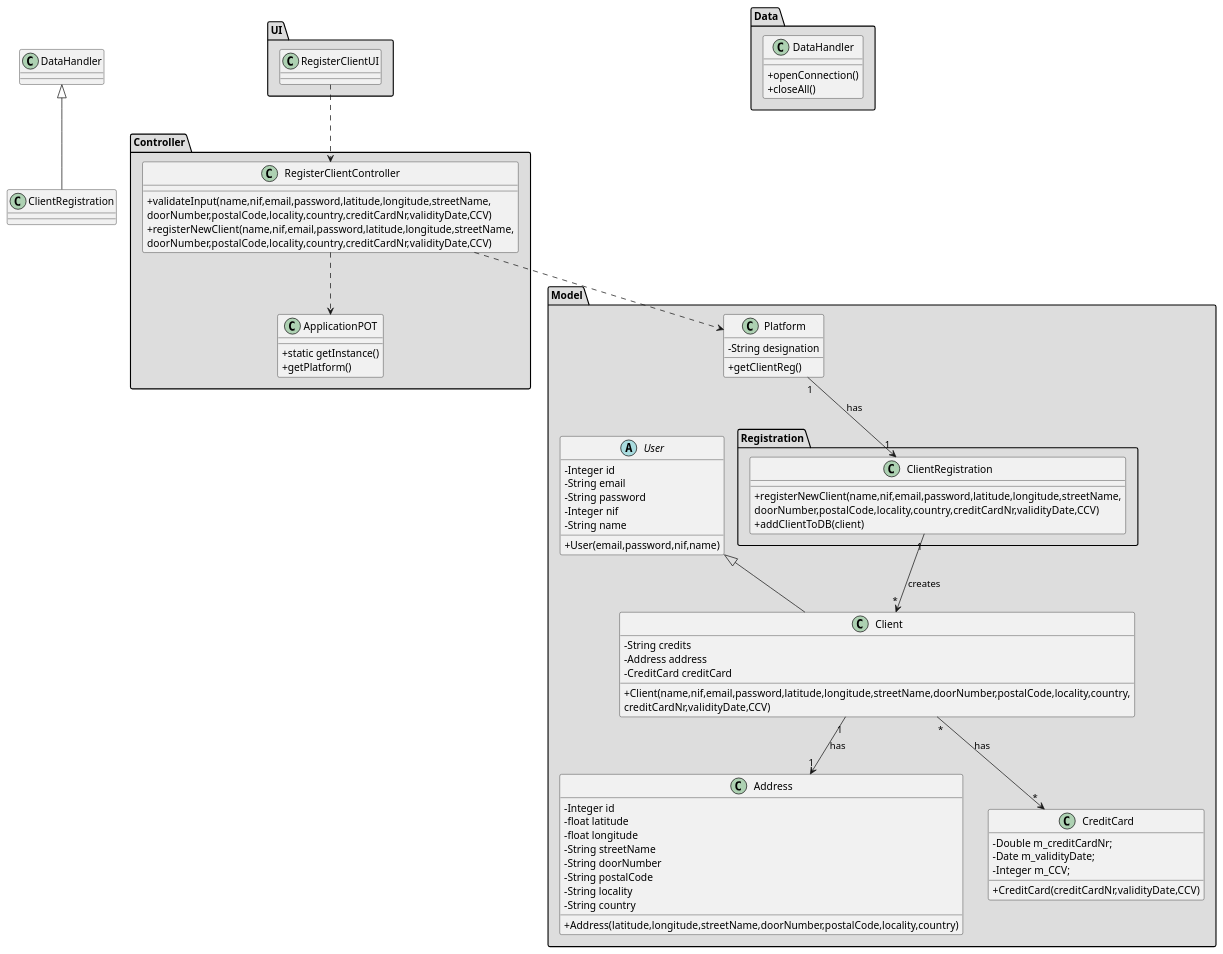
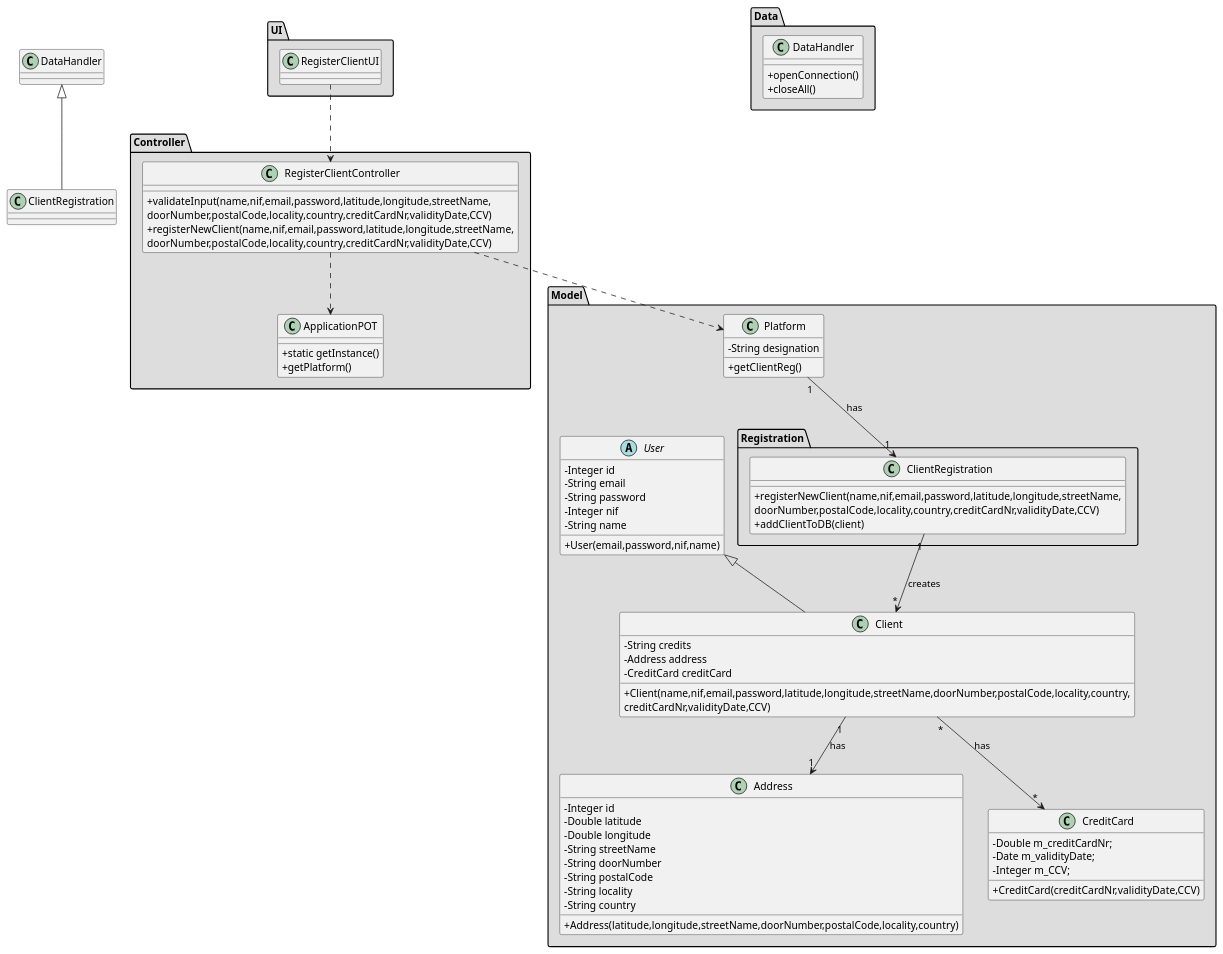
One commit to tiagoavcosta25/LAPR3 changed the diagram in docs/Iteration 1/User Management/US18_RegisterClient/US18_CD.puml. Above: the diagram before and after it, drawn with PlantUML. The commit also changed 1 other file, not shown here.

```diff
--- a/docs/Iteration 1/User Management/US18_RegisterClient/US18_CD.puml
+++ b/docs/Iteration 1/User Management/US18_RegisterClient/US18_CD.puml
@@ -1,105 +1,105 @@
 @startuml
 skinparam classAttributeIconSize 0
 
 
 package "Controller" #DDDDDD {
 class ApplicationPOT
 {
   +static getInstance()
   +getPlatform()
 }
 }
 
 
 package "UI" #DDDDDD {
 class RegisterClientUI{
 
 }
 }
 
 
 package "Controller" #DDDDDD {
 class RegisterClientController{
 +validateInput(name,nif,email,password,latitude,longitude,streetName,\ndoorNumber,postalCode,locality,country,creditCardNr,validityDate,CCV)
 +registerNewClient(name,nif,email,password,latitude,longitude,streetName,\ndoorNumber,postalCode,locality,country,creditCardNr,validityDate,CCV)
 }
 }
 
 
 package "Model" #DDDDDD {
 class Platform {
   -String designation
   +getClientReg()
 }
 package "Registration" #DDDDDD {
  class ClientRegistration{
  +registerNewClient(name,nif,email,password,latitude,longitude,streetName,\ndoorNumber,postalCode,locality,country,creditCardNr,validityDate,CCV)
  +addClientToDB(client)
  }
  }
 }
 
 
 
 
 package "Model" #DDDDDD {
 abstract class User{
 -Integer id
 -String email
 -String password
 -Integer nif
 -String name
 +User(email,password,nif,name)
 }
 
 class Client extends User
 
 class Client{
 -String credits
 -Address address
 -CreditCard creditCard
 +Client(name,nif,email,password,latitude,longitude,streetName,doorNumber,postalCode,locality,country,
                         creditCardNr,validityDate,CCV)
 }
 
 class Address{
 -Integer id
--float latitude
--float longitude
+-Double latitude
+-Double longitude
 -String streetName
 -String doorNumber
 -String postalCode
 -String locality
 -String country
 +Address(latitude,longitude,streetName,doorNumber,postalCode,locality,country)
 }
 
 class CreditCard{
 -Double m_creditCardNr;
 -Date m_validityDate;
 -Integer m_CCV;
 +CreditCard(creditCardNr,validityDate,CCV)
 }
 
 }
 
 
 package "Data" #DDDDDD {
 class DataHandler{
 +openConnection()
 +closeAll()
 }
 
 }
 
 
 RegisterClientUI ..> RegisterClientController
 RegisterClientController ..> Platform
 RegisterClientController ..> ApplicationPOT
 Platform "1" --> "1" ClientRegistration : has
 ClientRegistration "1" --> "*" Client : creates
 class ClientRegistration extends DataHandler
 Client "1" --> "1" Address : has
 Client "*" --> "*" CreditCard : has
 
 @enduml
```
